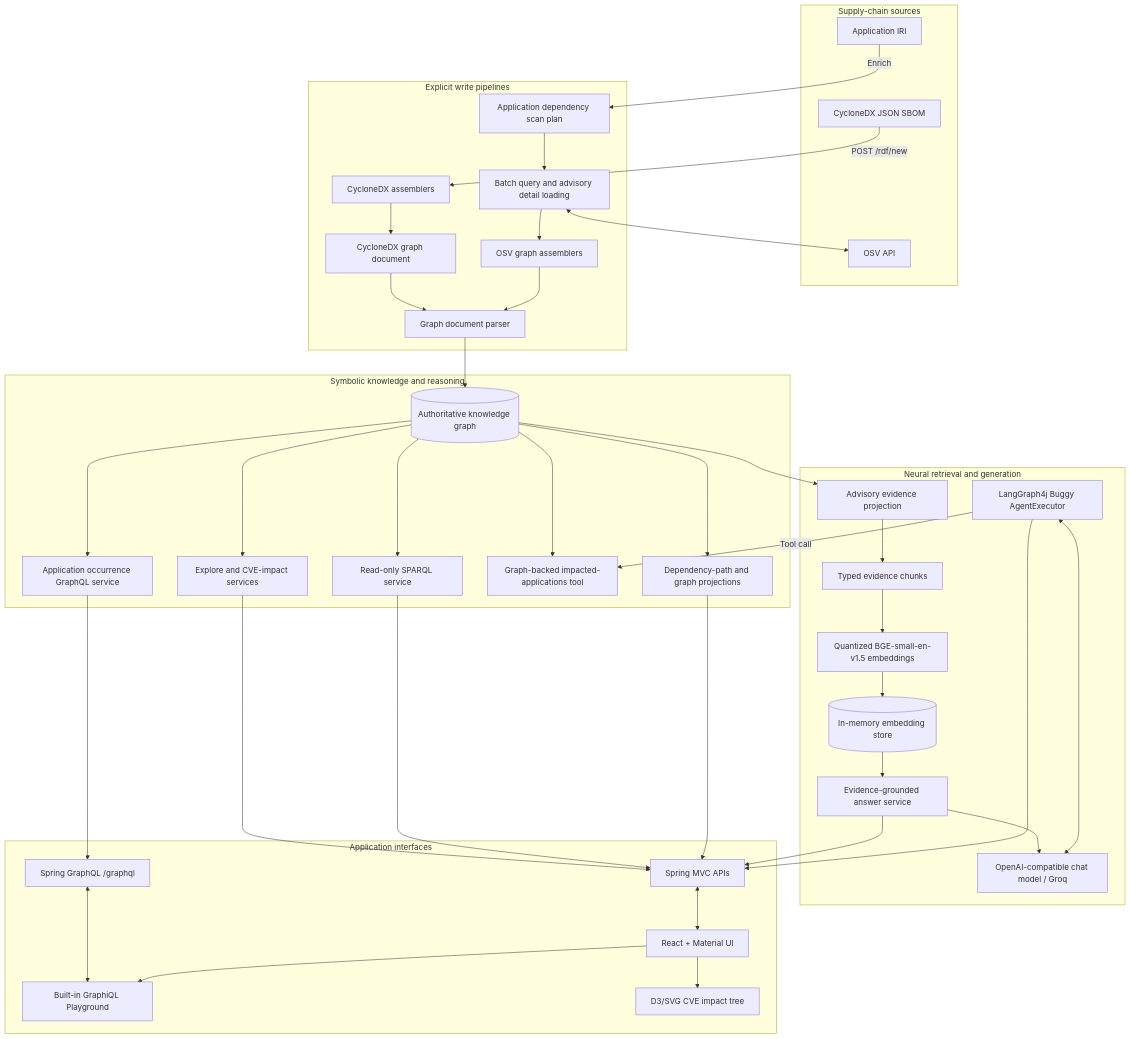
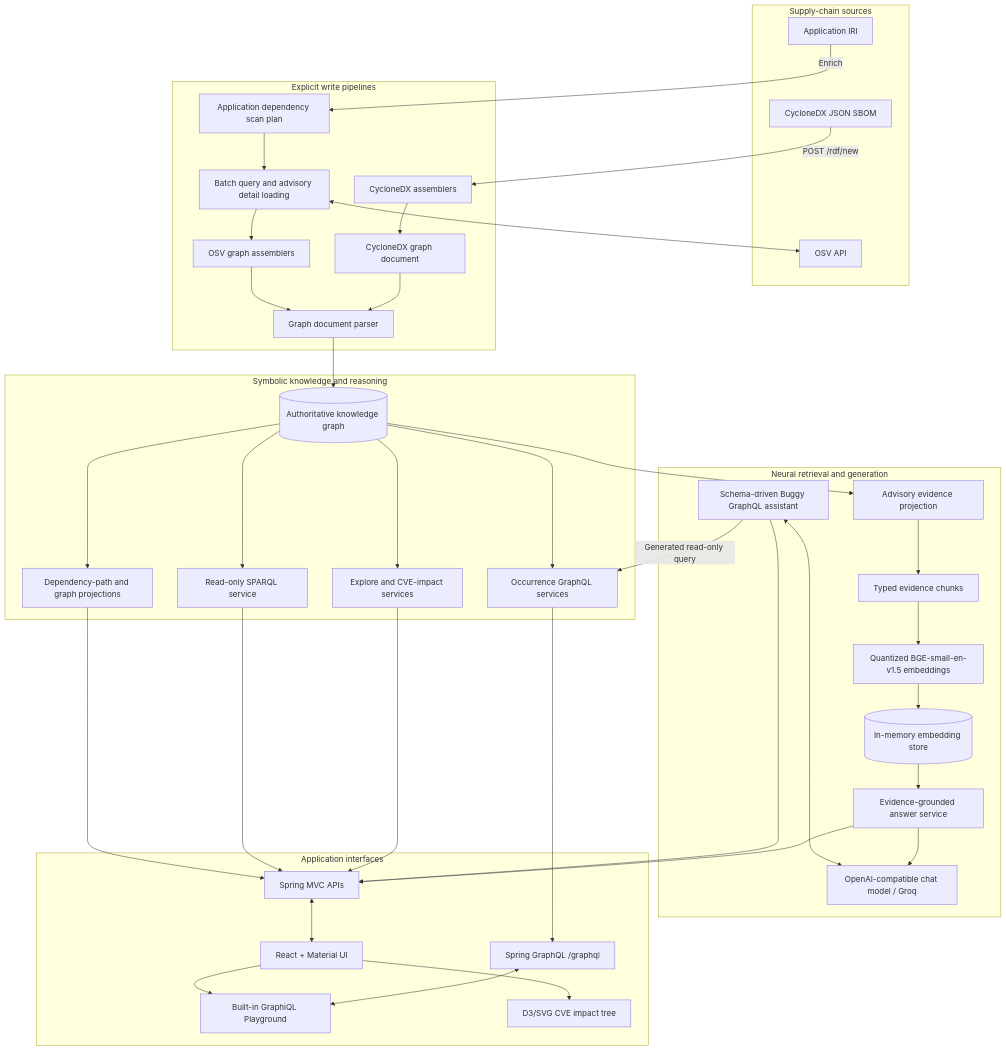
One commit to pkjPathania/dependency-risk-graph changed the first of 3 diagrams in README.md. Above: the diagram before and after it, drawn with Mermaid. The commit also changed other lines of this file and 28 other files, not shown here.

````diff
--- a/README.md
+++ b/README.md
@@ -82,72 +82,70 @@
 ```mermaid
 flowchart TB
     subgraph Sources[Supply-chain sources]
         SBOM[CycloneDX JSON SBOM]
         APP[Application IRI]
         OSV[OSV API]
     end
 
     subgraph Writes[Explicit write pipelines]
         CDX[CycloneDX assemblers]
         CDXGRAPH[CycloneDX graph document]
         PLAN[Application dependency scan plan]
         OSVCLIENT[Batch query and advisory detail loading]
         OSVGRAPH[OSV graph assemblers]
         GRAPHPARSER[Graph document parser]
     end
 
     SBOM -->|POST /rdf/new| CDX --> CDXGRAPH --> GRAPHPARSER
     APP -->|Enrich| PLAN --> OSVCLIENT
     OSVCLIENT <--> OSV
     OSVCLIENT --> OSVGRAPH --> GRAPHPARSER
 
     subgraph Symbolic[Symbolic knowledge and reasoning]
         STORE[(Authoritative knowledge graph)]
         EXPLORE[Explore and CVE-impact services]
         SPARQL[Read-only SPARQL service]
         PATH[Dependency-path and graph projections]
-        TOOL[Graph-backed impacted-applications tool]
-        GQLSERVICE[Application occurrence GraphQL service]
+        GQLSERVICE[Occurrence GraphQL services]
     end
 
     GRAPHPARSER --> STORE
     STORE --> EXPLORE
     STORE --> SPARQL
     STORE --> PATH
-    STORE --> TOOL
     STORE --> GQLSERVICE
 
     subgraph Neural[Neural retrieval and generation]
         EVIDENCE[Advisory evidence projection]
         CHUNKS[Typed evidence chunks]
         BGE[Quantized BGE-small-en-v1.5 embeddings]
         VECTOR[(In-memory embedding store)]
         EVIDENCEANSWER[Evidence-grounded answer service]
-        AGENT[LangGraph4j Buggy AgentExecutor]
+        BUGGY[Schema-driven Buggy GraphQL assistant]
         CHAT[OpenAI-compatible chat model / Groq]
     end
 
     STORE --> EVIDENCE --> CHUNKS --> BGE --> VECTOR
     VECTOR --> EVIDENCEANSWER --> CHAT
-    AGENT -->|Tool call| TOOL
-    AGENT <--> CHAT
+    BUGGY -->|Generated read-only query| GQLSERVICE
+    BUGGY <--> CHAT
 
     subgraph Interfaces[Application interfaces]
         REST[Spring MVC APIs]
         GRAPHQL[Spring GraphQL /graphql]
         UI[React + Material UI]
         PLAYGROUND[Built-in GraphiQL Playground]
         TREE[D3/SVG CVE impact tree]
     end
 
     EXPLORE --> REST
     SPARQL --> REST
     PATH --> REST
     EVIDENCEANSWER --> REST
-    AGENT --> REST
+    BUGGY --> REST
     GQLSERVICE --> GRAPHQL
     REST <--> UI
     GRAPHQL <--> PLAYGROUND
     UI --> PLAYGROUND
     UI --> TREE
 ```
````
